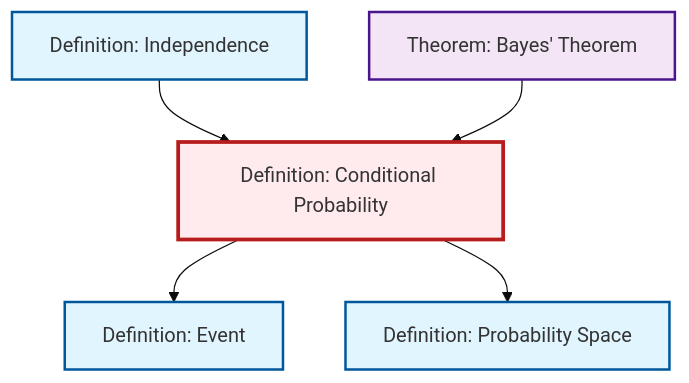
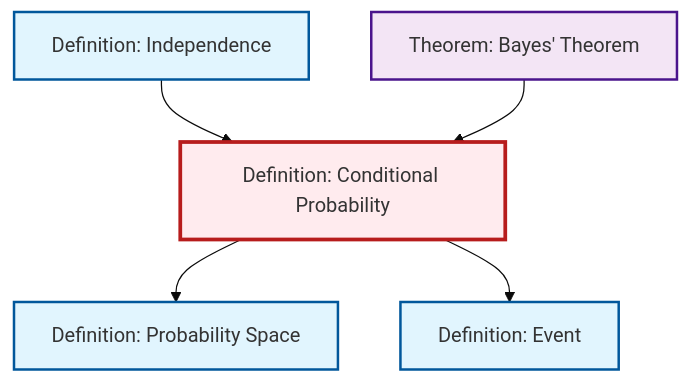
The diagram in content/ja/probability-statistics/def-conditional-probability.qmd (RK0429/ModernMath), drawn with Mermaid (base theme) before and after one commit. The commit also changed other lines of this file and 654 other files, not shown here.

````diff
--- a/content/ja/probability-statistics/def-conditional-probability.qmd
+++ b/content/ja/probability-statistics/def-conditional-probability.qmd
@@ -70,23 +70,23 @@
 ```{mermaid}
 %%| fig-cap: "Local dependency graph"
 graph TD
     classDef definition fill:#e1f5fe,stroke:#01579b,stroke-width:2px
     classDef theorem fill:#f3e5f5,stroke:#4a148c,stroke-width:2px
     classDef axiom fill:#fff3e0,stroke:#e65100,stroke-width:2px
     classDef example fill:#e8f5e9,stroke:#1b5e20,stroke-width:2px
     classDef current fill:#ffebee,stroke:#b71c1c,stroke-width:3px
-    def-independence["Definition: Independence"]:::definition
+    def-event["Definition: Event"]:::definition
     def-conditional-probability["Definition: Conditional Probability"]:::definition
     thm-bayes["Theorem: Bayes' Theorem"]:::theorem
+    def-independence["Definition: Independence"]:::definition
     def-probability-space["Definition: Probability Space"]:::definition
-    def-event["Definition: Event"]:::definition
+    def-conditional-probability --> def-probability-space
+    def-conditional-probability --> def-event
     def-independence --> def-conditional-probability
-    def-conditional-probability --> def-event
     thm-bayes --> def-conditional-probability
-    def-conditional-probability --> def-probability-space
     class def-conditional-probability current
+    click def-event "def-event.html" "Definition: Eventへ"
+    click thm-bayes "thm-bayes.html" "Theorem: Bayes' Theoremへ"
     click def-independence "def-independence.html" "Definition: Independenceへ"
-    click thm-bayes "thm-bayes.html" "Theorem: Bayes' Theoremへ"
     click def-probability-space "def-probability-space.html" "Definition: Probability Spaceへ"
-    click def-event "def-event.html" "Definition: Eventへ"
 ```
````
